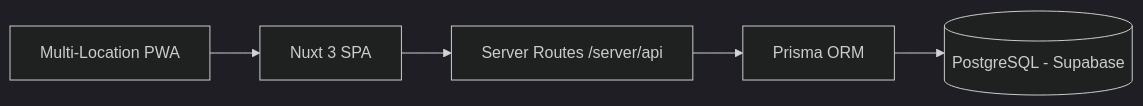
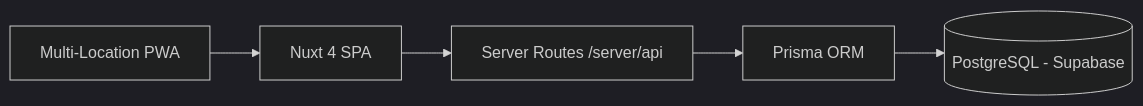
The diagram in project-docs/API_Contract.md (alkholigroup2020/stock-management-system), drawn with Mermaid (dark theme) before and after one commit. The commit also changed other lines of this file and 83 other files, not shown here.

````diff
--- a/project-docs/API_Contract.md
+++ b/project-docs/API_Contract.md
@@ -24,7 +22,7 @@
 ```mermaid
 flowchart LR
-    Client[Multi-Location PWA] --> Nuxt[Nuxt 3 SPA]
+    Client[Multi-Location PWA] --> Nuxt[Nuxt 4 SPA]
     Nuxt --> API[Server Routes /server/api]
     API --> Prisma[Prisma ORM]
     Prisma --> DB[(PostgreSQL - Supabase)]
 ```
````
